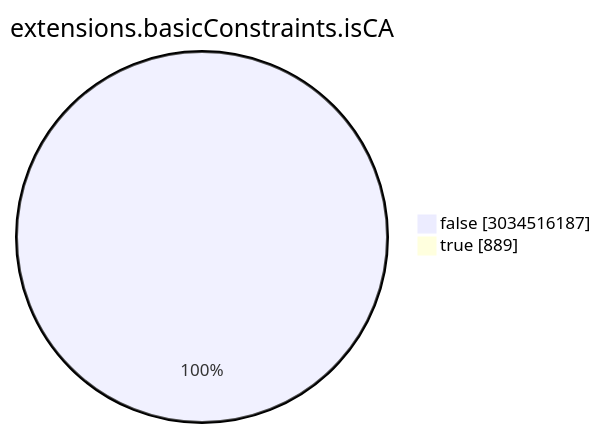
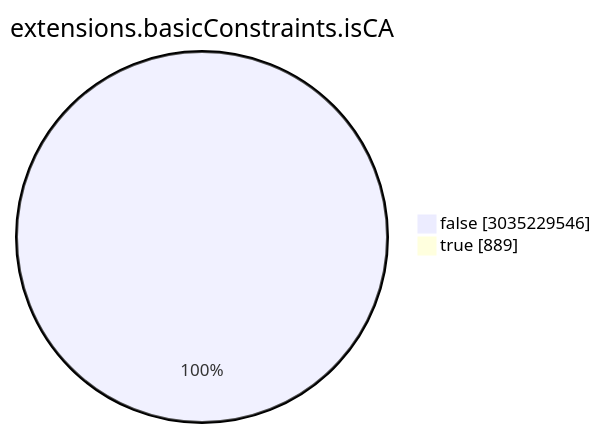
The seventh of 15 diagrams in TOTAL/README.md (christiankrug/ctmonitor_visualization), drawn with Mermaid before and after one commit. The commit also changed other lines of this file, not shown here.

````diff
--- a/TOTAL/README.md
+++ b/TOTAL/README.md
@@ -3088,6 +3088,6 @@
 ```mermaid
 pie showData
 title extensions.basicConstraints.isCA
-"false" :3034516187
+"false" :3035229546
 "true" :889
 ```
````
